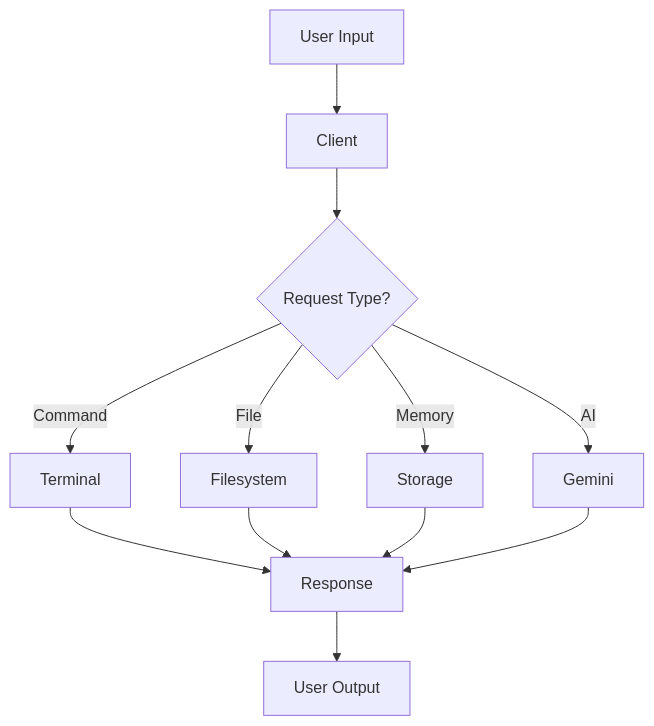
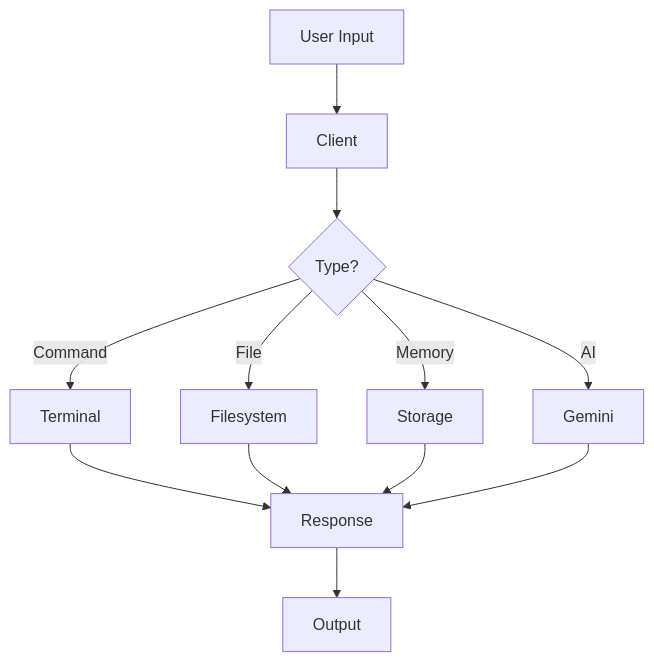
Before and after one commit to Techiral/mcp: the fourth of 5 diagrams in README.md, drawn with Mermaid.

Commit message:
Update README.md: Replace flowchart diagram with new version

````diff
--- a/README.md
+++ b/README.md
@@ -117,14 +117,14 @@
 ```mermaid
 flowchart TD
-    Input[User Input] --> Client
-    Client --> Decision{Request Type?}
-    Decision -->|Command| Terminal
-    Decision -->|File| Filesystem
-    Decision -->|Memory| Storage
-    Decision -->|AI| Gemini
-    Terminal --> Response
-    Filesystem --> Response
-    Storage --> Response
-    Gemini --> Response
-    Response --> Output[User Output]
+    A[User Input] --> B[Client]
+    B --> C{Type?}
+    C -->|Command| D[Terminal]
+    C -->|File| E[Filesystem]
+    C -->|Memory| F[Storage]
+    C -->|AI| G[Gemini]
+    D --> H[Response]
+    E --> H
+    F --> H
+    G --> H
+    H --> I[Output]
 ```
````
